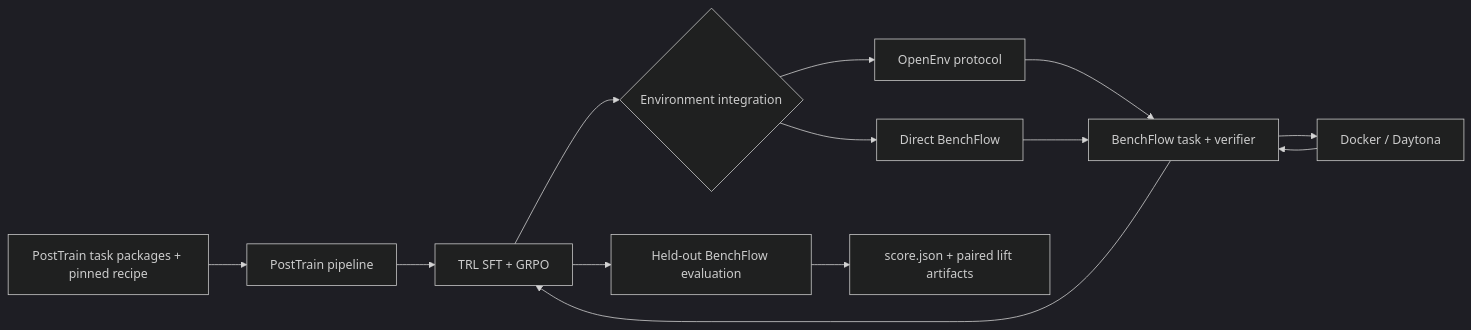
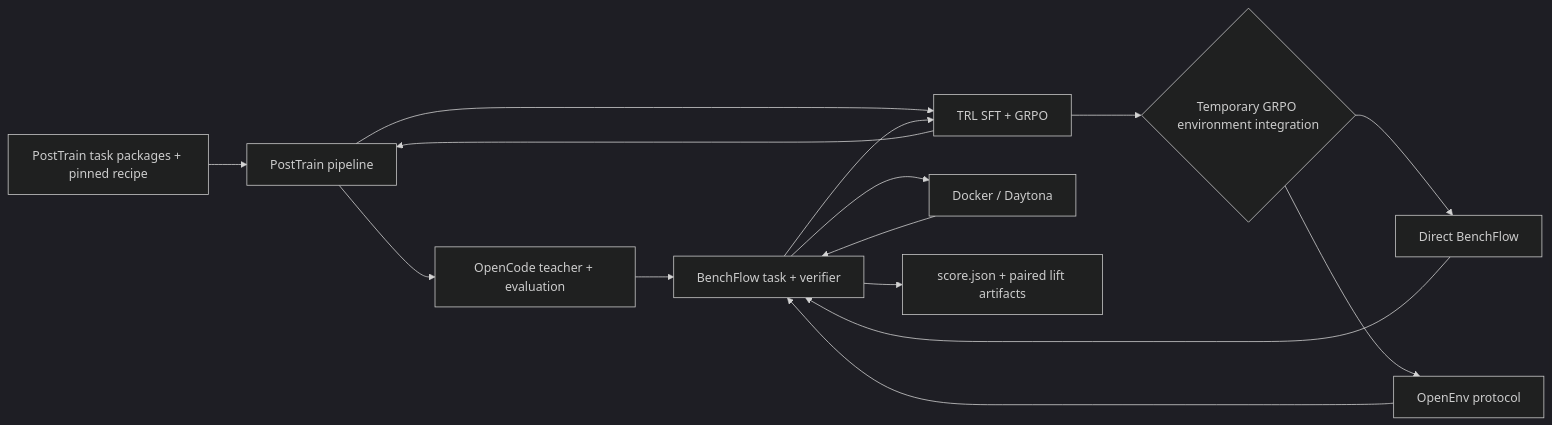
The diagram in docs/training-pipeline.md (benchflow-ai/posttrainarena), drawn with Mermaid (dark theme) before and after one commit. The commit also changed other lines of this file and 23 other files, not shown here.

Commit message:
Migrate evaluation to OpenCode (#15)

````diff
--- a/docs/training-pipeline.md
+++ b/docs/training-pipeline.md
@@ -57,15 +59,17 @@
 ```mermaid
 flowchart LR
     Input["PostTrain task packages + pinned recipe"] --> Pipeline["PostTrain pipeline"]
+    Pipeline --> OC["OpenCode teacher + evaluation"]
+    OC --> BF["BenchFlow task + verifier"]
     Pipeline --> TRL["TRL SFT + GRPO"]
-    TRL --> Backend{"Environment integration"}
+    TRL --> Backend{"Temporary GRPO environment integration"}
     Backend --> Direct["Direct BenchFlow"]
     Backend --> OE["OpenEnv protocol"]
-    OE --> BF["BenchFlow task + verifier"]
+    OE --> BF
     Direct --> BF
     BF --> Runtime["Docker / Daytona"]
     Runtime --> BF
     BF --> TRL
-    TRL --> Eval["Held-out BenchFlow evaluation"]
-    Eval --> Output["score.json + paired lift artifacts"]
+    BF --> Output["score.json + paired lift artifacts"]
+    TRL --> Pipeline
 ```
````
